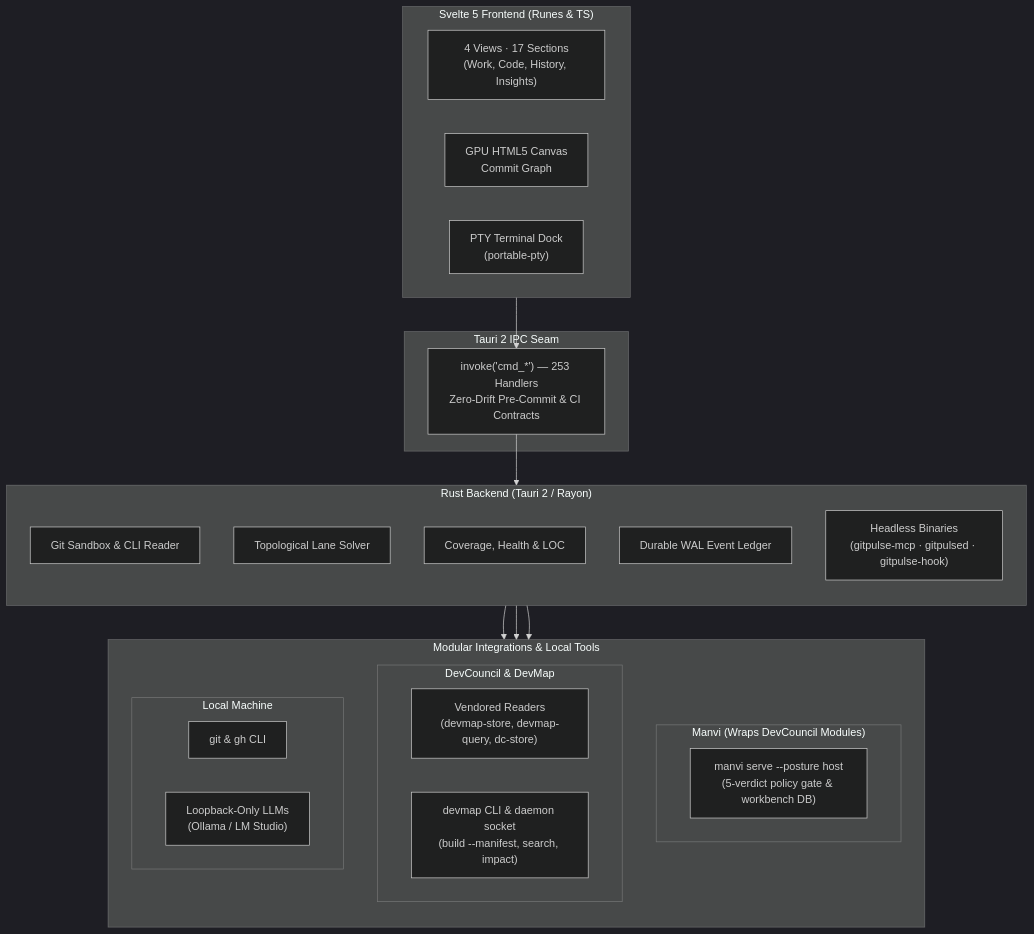
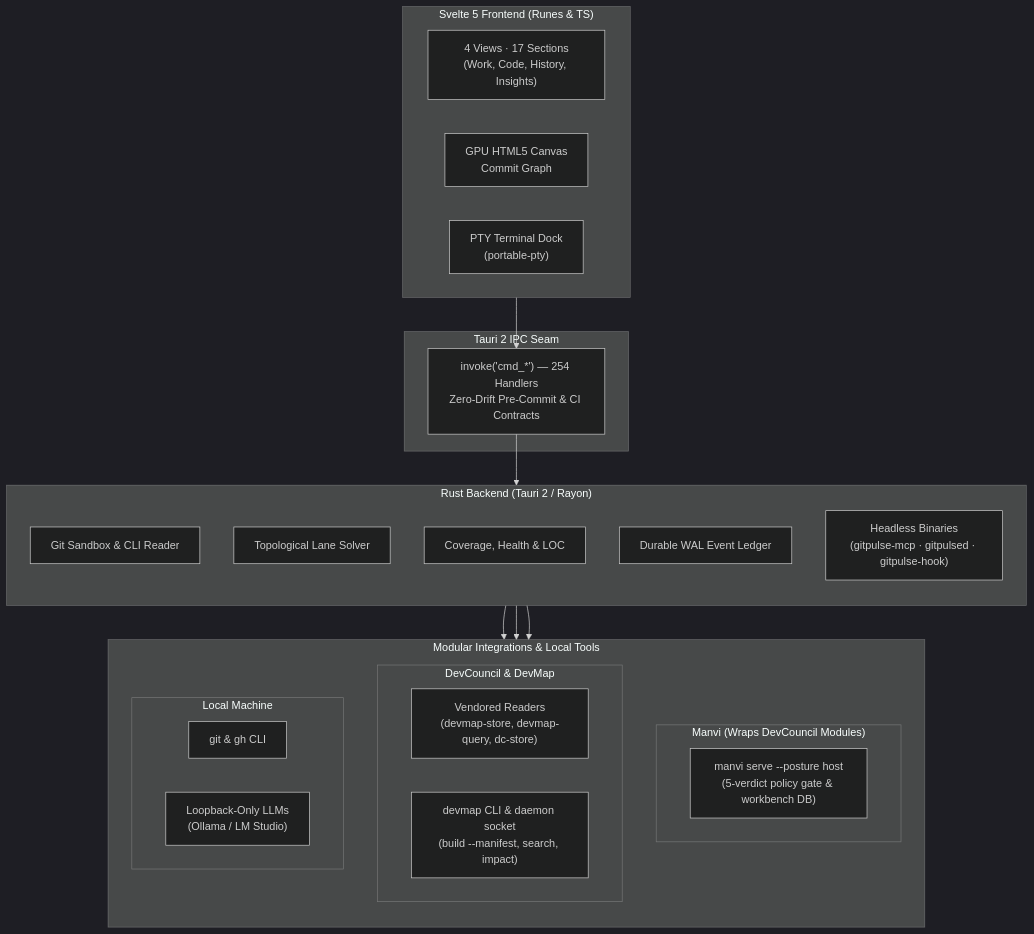
The diagram in README.md (bharathvbcr/GitPulse), drawn with Mermaid (dark theme) before and after one commit. The commit also changed 24 other files, not shown here.

````diff
--- a/README.md
+++ b/README.md
@@ -116,43 +116,43 @@
 ```mermaid
 flowchart TB
     subgraph Frontend["Svelte 5 Frontend (Runes & TS)"]
         direction LR
         Views["4 Views · 17 Sections<br/>(Work, Code, History, Insights)"]
         Canvas["GPU HTML5 Canvas<br/>Commit Graph"]
         TerminalDock["PTY Terminal Dock<br/>(portable-pty)"]
     end
 
     subgraph IPC["Tauri 2 IPC Seam"]
-        Bridge["invoke('cmd_*') — 253 Handlers<br/>Zero-Drift Pre-Commit & CI Contracts"]
+        Bridge["invoke('cmd_*') — 254 Handlers<br/>Zero-Drift Pre-Commit & CI Contracts"]
     end
 
     subgraph Backend["Rust Backend (Tauri 2 / Rayon)"]
         direction TB
         GitEngine["Git Sandbox & CLI Reader"]
         LaneSolver["Topological Lane Solver"]
         Analyzers["Coverage, Health & LOC"]
         Ledger["Durable WAL Event Ledger"]
         Headless["Headless Binaries<br/>(gitpulse-mcp · gitpulsed · gitpulse-hook)"]
     end
 
     subgraph Integrations["Modular Integrations & Local Tools"]
         direction TB
         subgraph ManviWrap["Manvi (Wraps DevCouncil Modules)"]
             ManviSidecar["manvi serve --posture host<br/>(5-verdict policy gate & workbench DB)"]
         end
         subgraph DevCouncilMods["DevCouncil & DevMap"]
             Vendored["Vendored Readers<br/>(devmap-store, devmap-query, dc-store)"]
             DevMapCLI["devmap CLI & daemon socket<br/>(build --manifest, search, impact)"]
         end
         subgraph LocalTools["Local Machine"]
             CLI["git & gh CLI"]
             LocalLLM["Loopback-Only LLMs<br/>(Ollama / LM Studio)"]
         end
     end
 
     Frontend --> Bridge
     Bridge --> Backend
     Backend --> ManviWrap
     Backend --> DevCouncilMods
     Backend --> LocalTools
 ```
````
